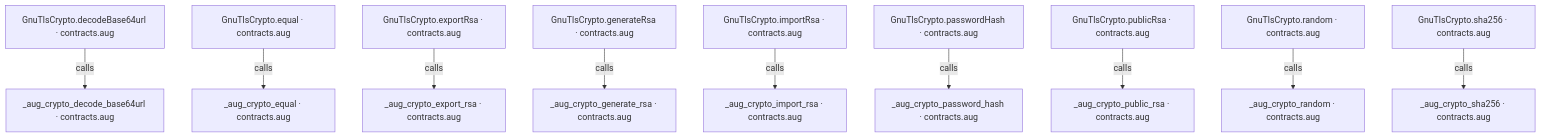
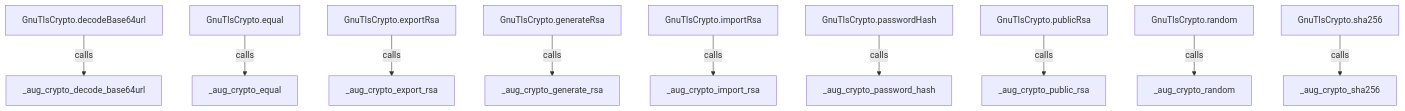
One commit to GreenPandaStudios/augscript changed the second of 15 diagrams in src/stdlib/crypto/contracts.aug.diagrams.md. Above: the diagram before and after it, drawn with Mermaid. The commit also changed other lines of this file and 524 other files, not shown here.

Commit message:
Explain checked data flow at folder and service levels

````diff
--- a/src/stdlib/crypto/contracts.aug.diagrams.md
+++ b/src/stdlib/crypto/contracts.aug.diagrams.md
@@ -44,30 +45,30 @@
 ```mermaid
 flowchart TD
-    n0["GnuTlsCrypto.decodeBase64url · contracts.aug"]
-    n1["GnuTlsCrypto.equal · contracts.aug"]
-    n2["GnuTlsCrypto.exportRsa · contracts.aug"]
-    n3["GnuTlsCrypto.generateRsa · contracts.aug"]
-    n4["GnuTlsCrypto.importRsa · contracts.aug"]
-    n5["GnuTlsCrypto.passwordHash · contracts.aug"]
-    n6["GnuTlsCrypto.publicRsa · contracts.aug"]
-    n7["GnuTlsCrypto.random · contracts.aug"]
-    n8["GnuTlsCrypto.sha256 · contracts.aug"]
-    n9["_aug_crypto_decode_base64url · contracts.aug"]
-    n10["_aug_crypto_equal · contracts.aug"]
-    n11["_aug_crypto_export_rsa · contracts.aug"]
-    n12["_aug_crypto_generate_rsa · contracts.aug"]
-    n13["_aug_crypto_import_rsa · contracts.aug"]
-    n14["_aug_crypto_password_hash · contracts.aug"]
-    n15["_aug_crypto_public_rsa · contracts.aug"]
-    n16["_aug_crypto_random · contracts.aug"]
-    n17["_aug_crypto_sha256 · contracts.aug"]
+    n0["GnuTlsCrypto.decodeBase64url"]
+    n1["GnuTlsCrypto.equal"]
+    n2["GnuTlsCrypto.exportRsa"]
+    n3["GnuTlsCrypto.generateRsa"]
+    n4["GnuTlsCrypto.importRsa"]
+    n5["GnuTlsCrypto.passwordHash"]
+    n6["GnuTlsCrypto.publicRsa"]
+    n7["GnuTlsCrypto.random"]
+    n8["GnuTlsCrypto.sha256"]
+    n9["_aug_crypto_decode_base64url"]
+    n10["_aug_crypto_equal"]
+    n11["_aug_crypto_export_rsa"]
+    n12["_aug_crypto_generate_rsa"]
+    n13["_aug_crypto_import_rsa"]
+    n14["_aug_crypto_password_hash"]
+    n15["_aug_crypto_public_rsa"]
+    n16["_aug_crypto_random"]
+    n17["_aug_crypto_sha256"]
     n0 -->|"calls"| n9
     n1 -->|"calls"| n10
     n2 -->|"calls"| n11
     n3 -->|"calls"| n12
     n4 -->|"calls"| n13
     n5 -->|"calls"| n14
     n6 -->|"calls"| n15
     n7 -->|"calls"| n16
     n8 -->|"calls"| n17
 ```
````
